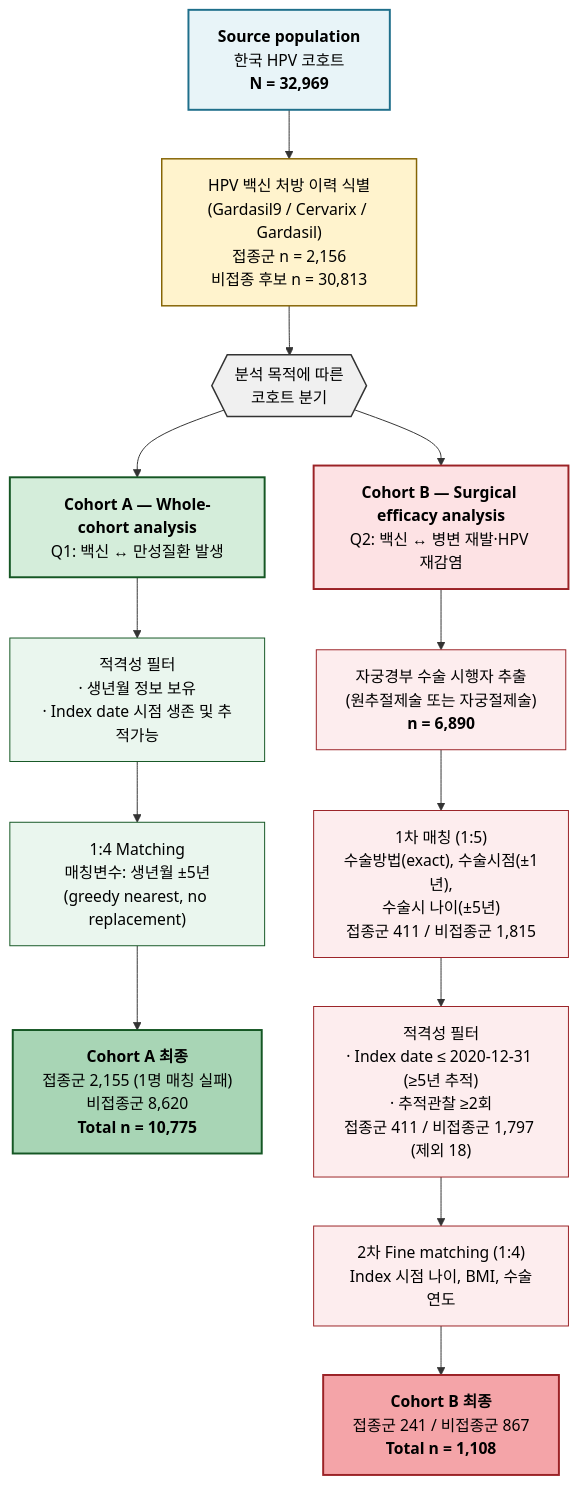
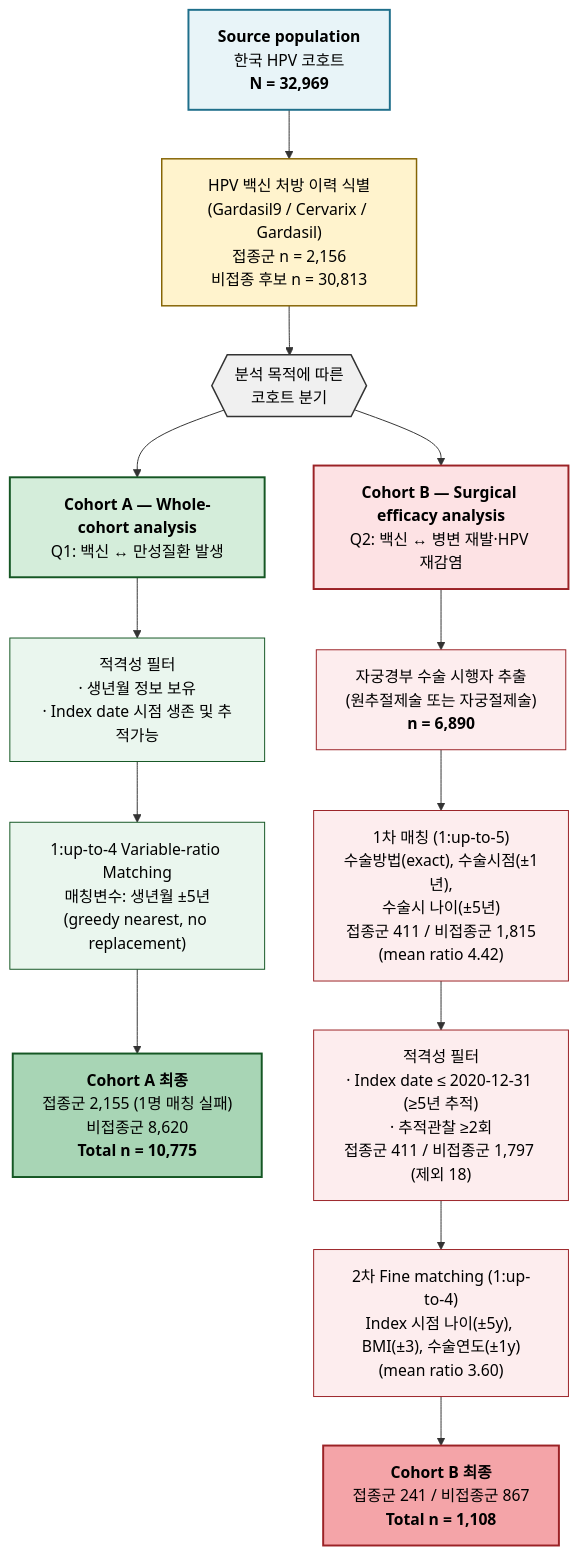
One commit to sueinchoi/HPV_vaccines changed the diagram in docs/Methods_CohortSelection.md. Above: the diagram before and after it, drawn with Mermaid. The commit also changed other lines of this file and 11 other files, not shown here.

````diff
--- a/docs/Methods_CohortSelection.md
+++ b/docs/Methods_CohortSelection.md
@@ -66,32 +66,32 @@
 ```mermaid
 flowchart TD
     SRC["<b>Source population</b><br/>한국 HPV 코호트<br/><b>N = 32,969</b>"]:::src
 
     SRC --> EXP["HPV 백신 처방 이력 식별<br/>(Gardasil9 / Cervarix / Gardasil)<br/>접종군 n = 2,156<br/>비접종 후보 n = 30,813"]:::exp
 
     EXP --> SPLIT{{"분석 목적에 따른<br/>코호트 분기"}}:::split
 
     %% Cohort A: Whole-cohort
     SPLIT --> A1["<b>Cohort A — Whole-cohort analysis</b><br/>Q1: 백신 ↔ 만성질환 발생"]:::ah
     A1 --> A2["적격성 필터<br/>· 생년월 정보 보유<br/>· Index date 시점 생존 및 추적가능"]:::ab
-    A2 --> A3["1:4 Matching<br/>매칭변수: 생년월 ±5년<br/>(greedy nearest, no replacement)"]:::ab
+    A2 --> A3["1:up-to-4 Variable-ratio Matching<br/>매칭변수: 생년월 ±5년<br/>(greedy nearest, no replacement)"]:::ab
     A3 --> A4["<b>Cohort A 최종</b><br/>접종군 2,155 (1명 매칭 실패)<br/>비접종군 8,620<br/><b>Total n = 10,775</b>"]:::af
 
     %% Cohort B: Surgical
     SPLIT --> B1["<b>Cohort B — Surgical efficacy analysis</b><br/>Q2: 백신 ↔ 병변 재발·HPV 재감염"]:::bh
     B1 --> B2["자궁경부 수술 시행자 추출<br/>(원추절제술 또는 자궁절제술)<br/><b>n = 6,890</b>"]:::bb
-    B2 --> B3["1차 매칭 (1:5)<br/>수술방법(exact), 수술시점(±1년),<br/>수술시 나이(±5년)<br/>접종군 411 / 비접종군 1,815"]:::bb
+    B2 --> B3["1차 매칭 (1:up-to-5)<br/>수술방법(exact), 수술시점(±1년),<br/>수술시 나이(±5년)<br/>접종군 411 / 비접종군 1,815<br/>(mean ratio 4.42)"]:::bb
     B3 --> B4["적격성 필터<br/>· Index date ≤ 2020-12-31 (≥5년 추적)<br/>· 추적관찰 ≥2회<br/>접종군 411 / 비접종군 1,797 (제외 18)"]:::bb
-    B4 --> B5["2차 Fine matching (1:4)<br/>Index 시점 나이, BMI, 수술연도"]:::bb
+    B4 --> B5["2차 Fine matching (1:up-to-4)<br/>Index 시점 나이(±5y), BMI(±3), 수술연도(±1y)<br/>(mean ratio 3.60)"]:::bb
     B5 --> B6["<b>Cohort B 최종</b><br/>접종군 241 / 비접종군 867<br/><b>Total n = 1,108</b>"]:::bf
 
     classDef src fill:#e8f4f8,stroke:#1f6f8b,stroke-width:2px,color:#000
     classDef exp fill:#fff3cd,stroke:#856404,stroke-width:1.5px,color:#000
     classDef split fill:#f0f0f0,stroke:#333,stroke-width:1.5px,color:#000
     classDef ah fill:#d4edda,stroke:#155724,stroke-width:2px,color:#000
     classDef ab fill:#eaf6ee,stroke:#155724,stroke-width:1px,color:#000
     classDef af fill:#a8d5b5,stroke:#155724,stroke-width:2px,color:#000
     classDef bh fill:#fde2e4,stroke:#9b2226,stroke-width:2px,color:#000
     classDef bb fill:#fdedee,stroke:#9b2226,stroke-width:1px,color:#000
     classDef bf fill:#f4a4a8,stroke:#9b2226,stroke-width:2px,color:#000
 ```
````
